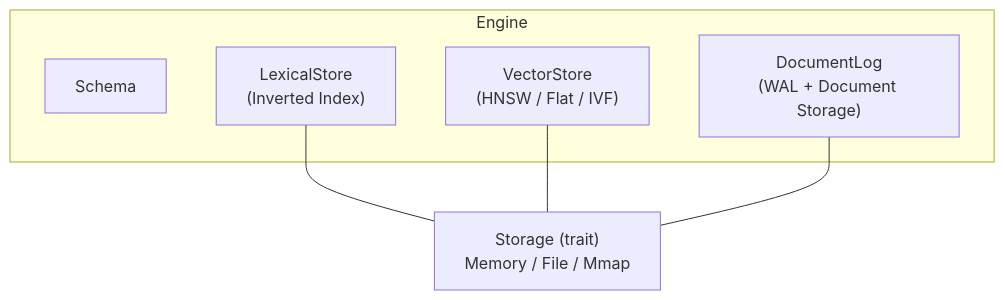
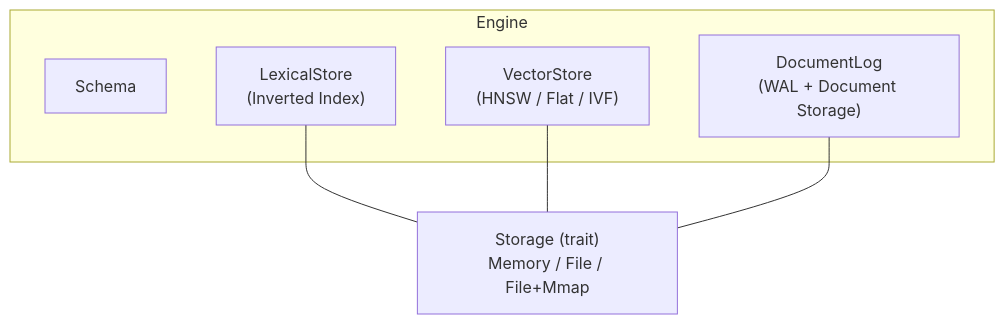
The first of 7 diagrams in docs/src/architecture.md (mosuka/iris), drawn with Mermaid before and after one commit. The commit also changed other lines of this file and 15 other files, not shown here.

````diff
--- a/docs/src/architecture.md
+++ b/docs/src/architecture.md
@@ -9,15 +9,15 @@
 ```mermaid
 graph TB
     subgraph Engine
         SCH["Schema"]
         LS["LexicalStore\n(Inverted Index)"]
         VS["VectorStore\n(HNSW / Flat / IVF)"]
         DL["DocumentLog\n(WAL + Document Storage)"]
     end
 
-    Storage["Storage (trait)\nMemory / File / Mmap"]
+    Storage["Storage (trait)\nMemory / File / File+Mmap"]
 
     LS --- Storage
     VS --- Storage
     DL --- Storage
 ```
````
